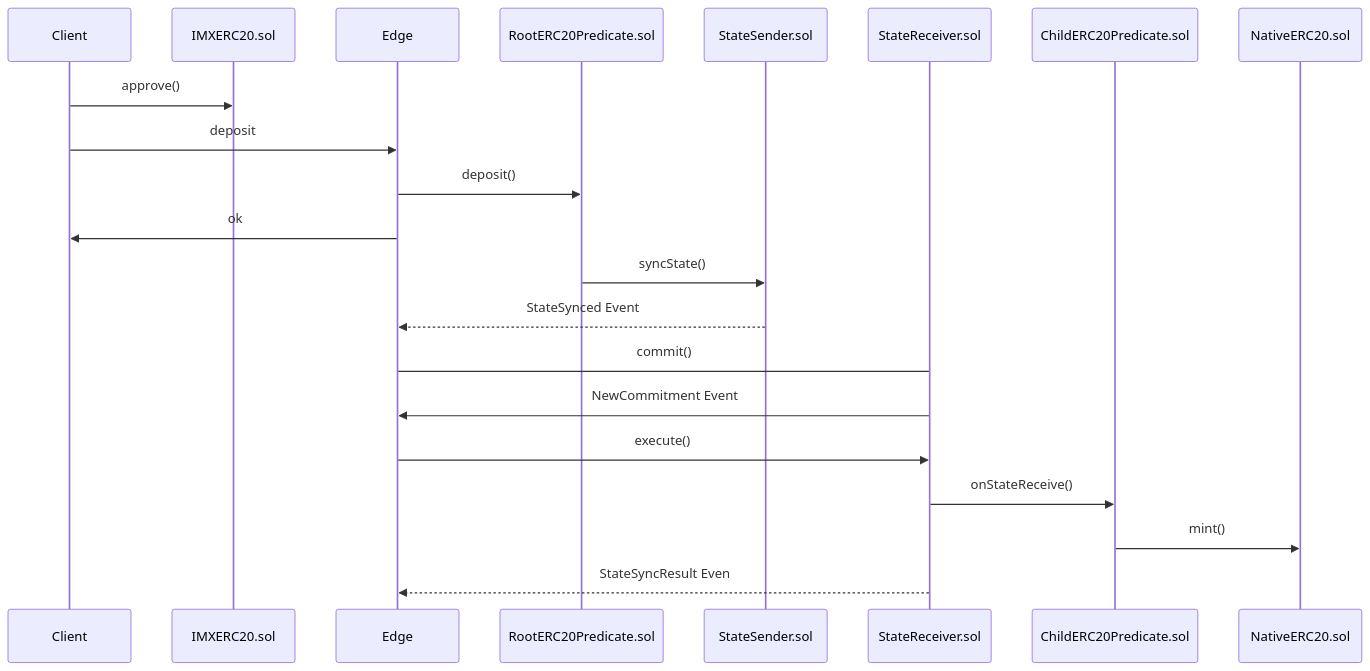
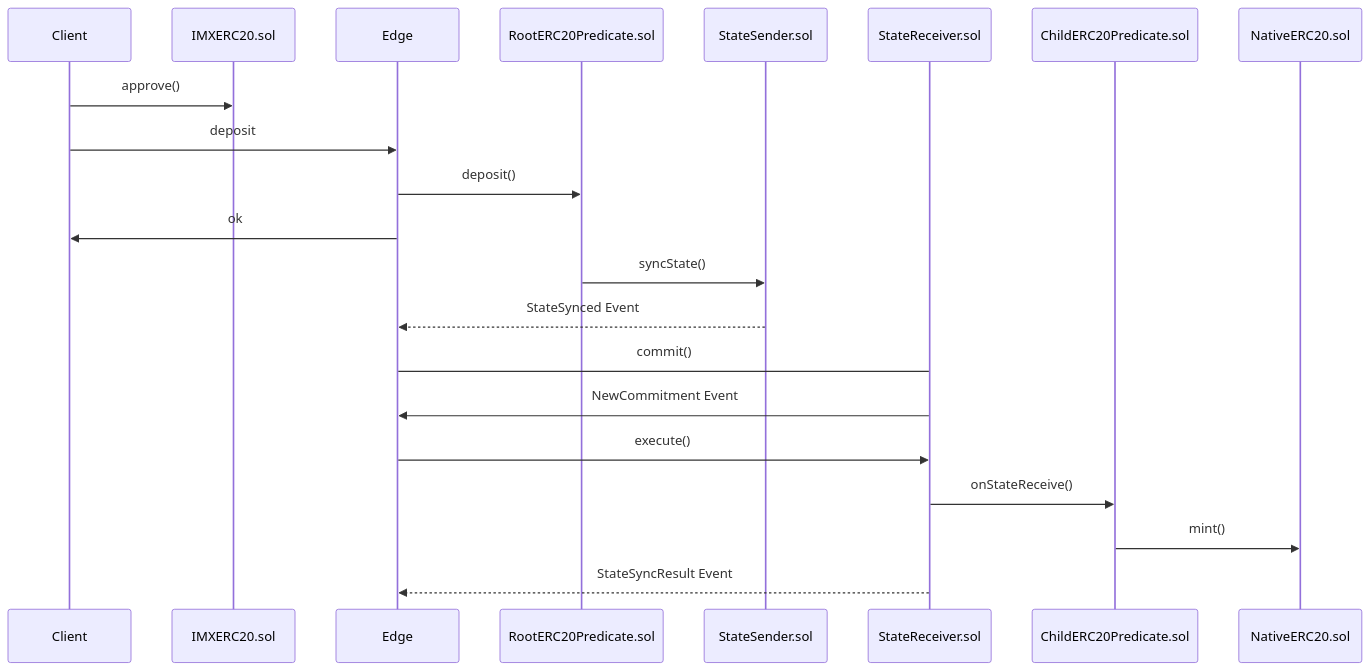
Before and after one commit to 0xPolygon/polygon-edge: the first of 3 diagrams in docs/sequences.md, drawn with Mermaid.

Commit message:
Fix StateSyncResult Event typo

````diff
--- a/docs/sequences.md
+++ b/docs/sequences.md
@@ -5,15 +5,15 @@
 ```mermaid
 sequenceDiagram
 	Client->>IMXERC20.sol: approve()
 	Client->>Edge: deposit
 	Edge->>RootERC20Predicate.sol: deposit()
 	Edge->>Client: ok
 	RootERC20Predicate.sol->>StateSender.sol:syncState()
 	StateSender.sol-->>Edge: StateSynced Event
 	Edge->StateReceiver.sol:commit()
 	StateReceiver.sol->>Edge: NewCommitment Event
 	Edge->>StateReceiver.sol:execute()
 	StateReceiver.sol->>ChildERC20Predicate.sol:onStateReceive()
 	ChildERC20Predicate.sol->>NativeERC20.sol: mint()
-	StateReceiver.sol-->>Edge:StateSyncResult Even
+	StateReceiver.sol-->>Edge:StateSyncResult Event
 ```
````
